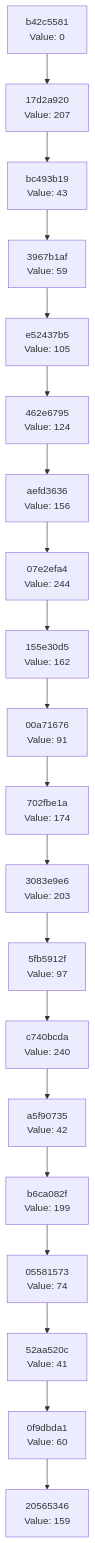
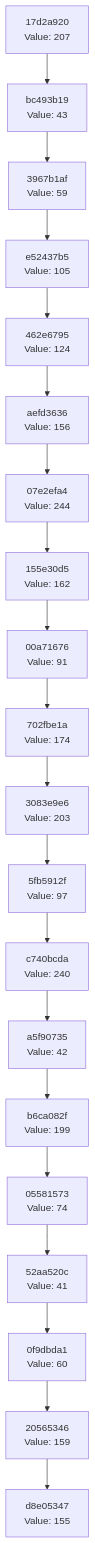
One commit to Abhisheksinha1506/hash-chain-evolver changed the diagram in docs/CHAIN_VISUALIZATION.md. Above: the diagram before and after it, drawn with Mermaid. The commit also changed 1 other file, not shown here.

Commit message:
Evolution Step

````diff
--- a/docs/CHAIN_VISUALIZATION.md
+++ b/docs/CHAIN_VISUALIZATION.md
@@ -3,42 +3,42 @@
 ```mermaid
 graph TD
-    C0["20565346<br/>Value: 159"]
-    C1["0f9dbda1<br/>Value: 60"]
+    C0["d8e05347<br/>Value: 155"]
+    C1["20565346<br/>Value: 159"]
     C1 --> C0
-    C2["52aa520c<br/>Value: 41"]
+    C2["0f9dbda1<br/>Value: 60"]
     C2 --> C1
-    C3["05581573<br/>Value: 74"]
+    C3["52aa520c<br/>Value: 41"]
     C3 --> C2
-    C4["b6ca082f<br/>Value: 199"]
+    C4["05581573<br/>Value: 74"]
     C4 --> C3
-    C5["a5f90735<br/>Value: 42"]
+    C5["b6ca082f<br/>Value: 199"]
     C5 --> C4
-    C6["c740bcda<br/>Value: 240"]
+    C6["a5f90735<br/>Value: 42"]
     C6 --> C5
-    C7["5fb5912f<br/>Value: 97"]
+    C7["c740bcda<br/>Value: 240"]
     C7 --> C6
-    C8["3083e9e6<br/>Value: 203"]
+    C8["5fb5912f<br/>Value: 97"]
     C8 --> C7
-    C9["702fbe1a<br/>Value: 174"]
+    C9["3083e9e6<br/>Value: 203"]
     C9 --> C8
-    C10["00a71676<br/>Value: 91"]
+    C10["702fbe1a<br/>Value: 174"]
     C10 --> C9
-    C11["155e30d5<br/>Value: 162"]
+    C11["00a71676<br/>Value: 91"]
     C11 --> C10
-    C12["07e2efa4<br/>Value: 244"]
+    C12["155e30d5<br/>Value: 162"]
     C12 --> C11
-    C13["aefd3636<br/>Value: 156"]
+    C13["07e2efa4<br/>Value: 244"]
     C13 --> C12
-    C14["462e6795<br/>Value: 124"]
+    C14["aefd3636<br/>Value: 156"]
     C14 --> C13
-    C15["e52437b5<br/>Value: 105"]
+    C15["462e6795<br/>Value: 124"]
     C15 --> C14
-    C16["3967b1af<br/>Value: 59"]
+    C16["e52437b5<br/>Value: 105"]
     C16 --> C15
-    C17["bc493b19<br/>Value: 43"]
+    C17["3967b1af<br/>Value: 59"]
     C17 --> C16
-    C18["17d2a920<br/>Value: 207"]
+    C18["bc493b19<br/>Value: 43"]
     C18 --> C17
-    C19["b42c5581<br/>Value: 0"]
+    C19["17d2a920<br/>Value: 207"]
     C19 --> C18
 ```
````
